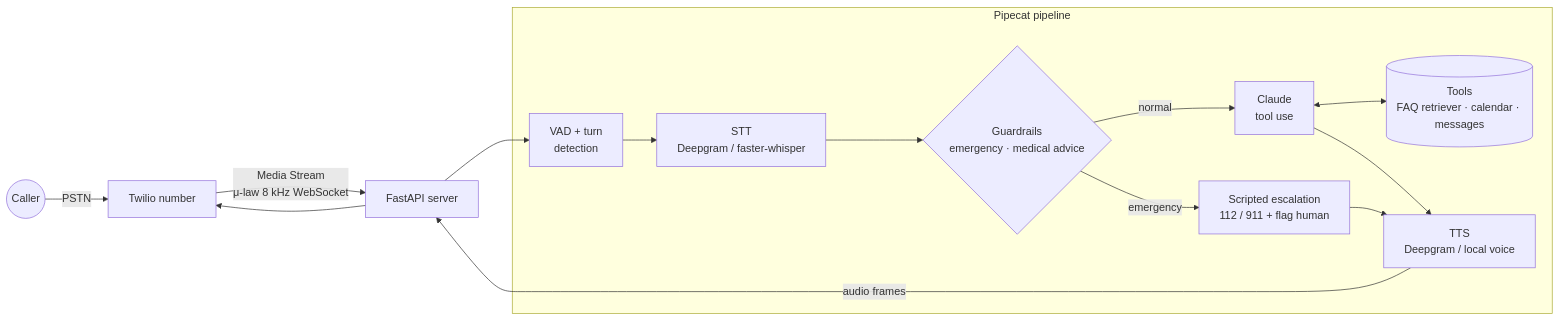
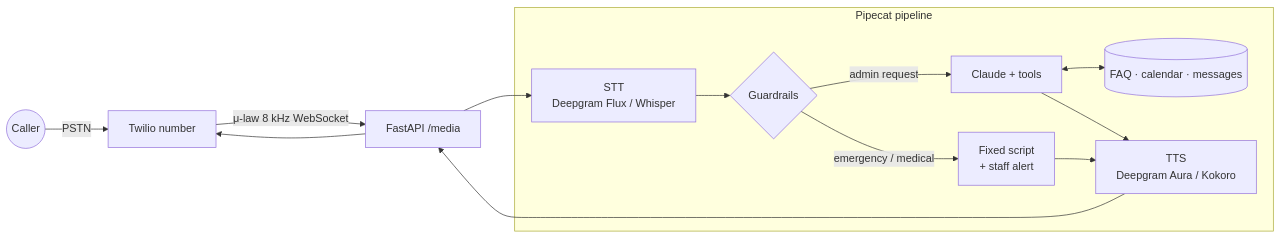
One commit to haroonkhan02/clinic-voice-agent changed the diagram in README.md. Above: the diagram before and after it, drawn with Mermaid. The commit also changed other lines of this file, not shown here.

````diff
--- a/README.md
+++ b/README.md
@@ -43,17 +30,15 @@
 ```mermaid
 flowchart LR
     caller((Caller)) -->|PSTN| twilio[Twilio number]
-    twilio -->|Media Stream<br/>μ-law 8 kHz WebSocket| server[FastAPI server]
+    twilio -->|μ-law 8 kHz WebSocket| server[FastAPI /media]
     subgraph pipecat [Pipecat pipeline]
-        vad[VAD + turn<br/>detection] --> stt[STT<br/>Deepgram / faster-whisper]
-        stt --> guard{Guardrails<br/>emergency · medical advice}
-        guard -->|normal| llm[Claude<br/>tool use]
-        guard -->|emergency| esc[Scripted escalation<br/>112 / 911 + flag human]
-        llm <--> tools[(Tools<br/>FAQ retriever · calendar · messages)]
-        llm --> tts[TTS<br/>Deepgram / local voice]
-        esc --> tts
+        stt[STT<br/>Deepgram Flux / Whisper] --> guard{Guardrails}
+        guard -->|admin request| llm[Claude + tools]
+        guard -->|emergency / medical| script[Fixed script<br/>+ staff alert]
+        llm <--> tools[(FAQ · calendar · messages)]
+        llm --> tts[TTS<br/>Deepgram Aura / Kokoro]
+        script --> tts
     end
-    server --> vad
-    tts -->|audio frames| server
-    server --> twilio
+    server --> stt
+    tts --> server --> twilio
 ```
````
